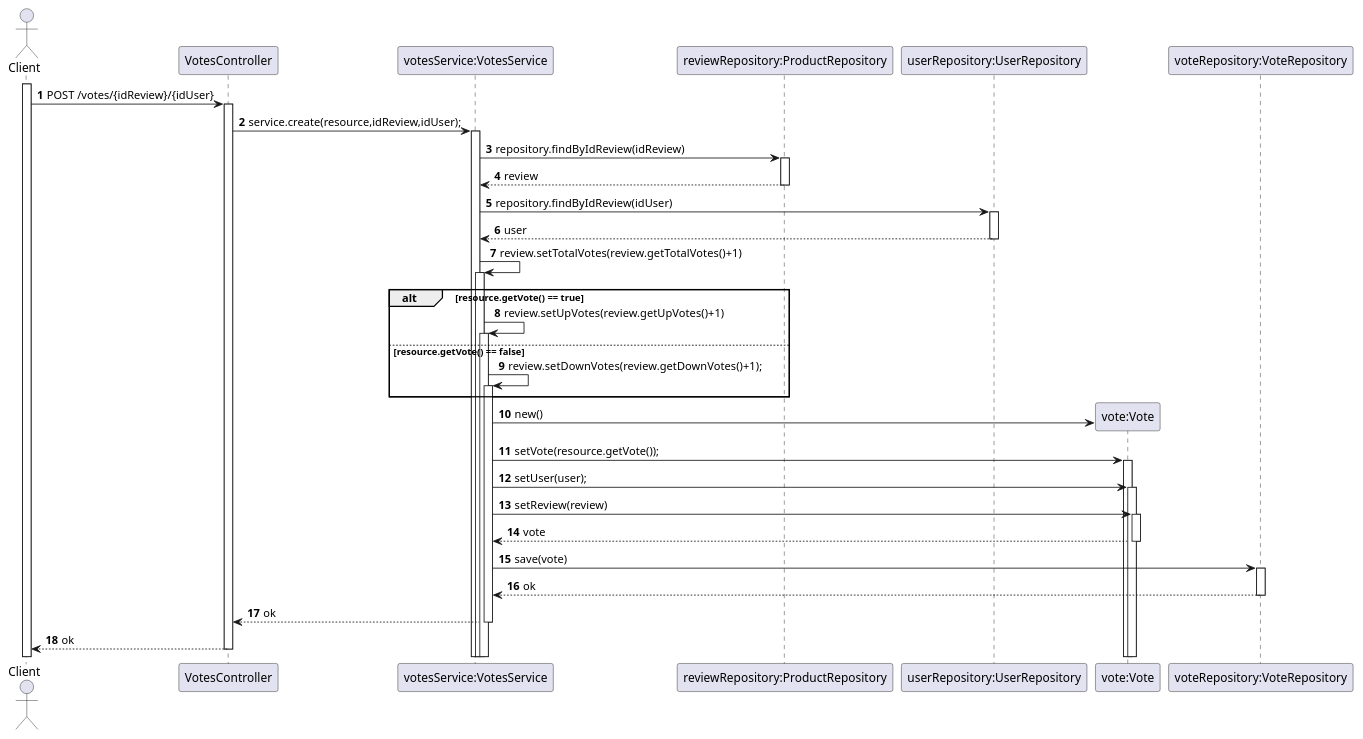
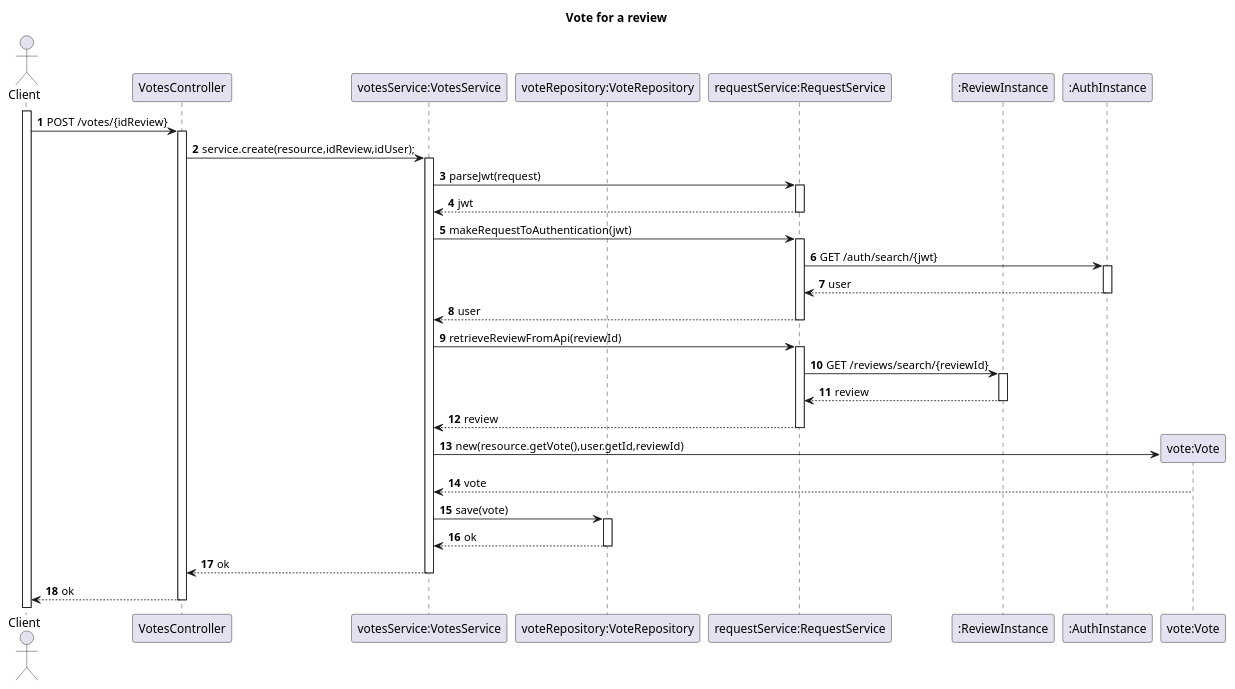
Before and after one commit to TiagoNora/SIDIS-Docs: the diagram in Docs/US06-SD.puml, drawn with PlantUML. The commit also changed 1 other file, not shown here.

```diff
--- a/Docs/US06-SD.puml
+++ b/Docs/US06-SD.puml
@@ -1,42 +1,43 @@
 @startuml
 'https://plantuml.com/sequence-diagram
 
-
+title Vote for a review
 autoactivate on
 autonumber
 
 actor "Client" as User
 participant "VotesController" as Ctrl
 participant "votesService:VotesService" as service
-participant "reviewRepository:ProductRepository" as reviewRepo
-participant "userRepository:UserRepository" as userRepo
+participant "voteRepository:VoteRepository" as repo
+participant "requestService:RequestService" as request
+participant ":ReviewInstance" as instance
+participant ":AuthInstance" as instanceAuth
+
 participant "vote:Vote" as vote
-participant "voteRepository:VoteRepository" as voteRepo
 
 
 
 
 activate User
-User -> Ctrl : POST /votes/{idReview}/{idUser}
+User -> Ctrl : POST /votes/{idReview}
 Ctrl -> service : service.create(resource,idReview,idUser);
-service -> reviewRepo: repository.findByIdReview(idReview)
-reviewRepo --> service: review
-service -> userRepo: repository.findByIdReview(idUser)
-userRepo --> service: user
-service -> service: review.setTotalVotes(review.getTotalVotes()+1)
-alt resource.getVote() == true
-    service -> service: review.setUpVotes(review.getUpVotes()+1)
-else resource.getVote() == false
-    service -> service:review.setDownVotes(review.getDownVotes()+1);
-end
-service -> vote**: new()
-service -> vote: setVote(resource.getVote());
-service -> vote: setUser(user);
-service -> vote: setReview(review)
+service -> request: parseJwt(request)
+request --> service: jwt
+service -> request: makeRequestToAuthentication(jwt)
+request -> instanceAuth: GET /auth/search/{jwt}
+instanceAuth --> request: user
+request --> service: user
+
+service -> request:retrieveReviewFromApi(reviewId)
+request -> instance: GET /reviews/search/{reviewId}
+instance --> request: review
+request --> service: review
+
+service -> vote**: new(resource.getVote(),user.getId,reviewId)
 vote --> service: vote
-service -> voteRepo: save(vote)
-voteRepo --> service: ok
+service -> repo: save(vote)
+repo --> service: ok
 service --> Ctrl: ok
 Ctrl --> User: ok
 
 @enduml
```
